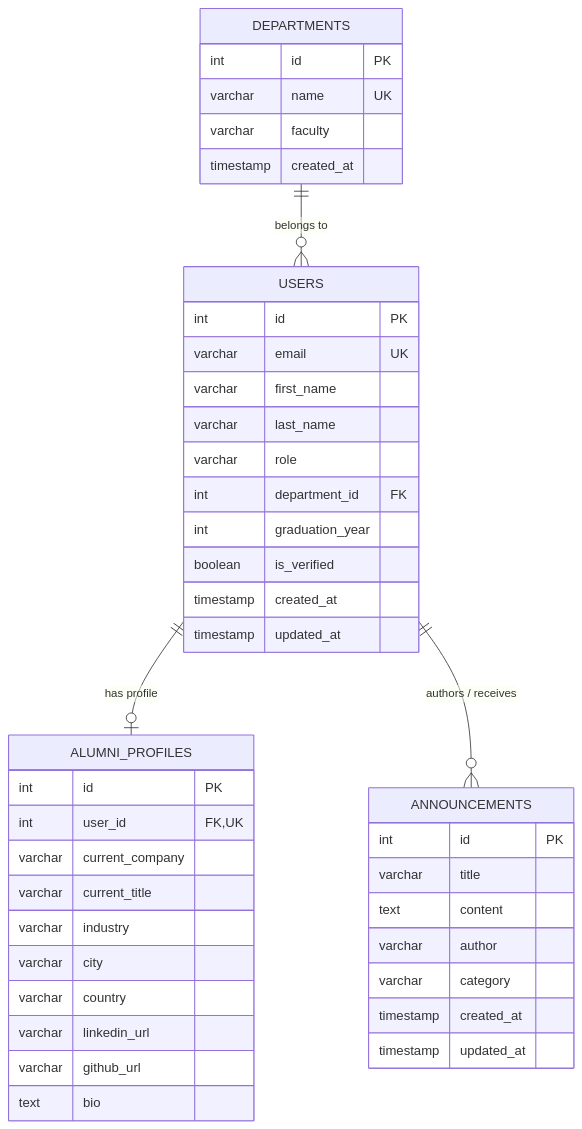
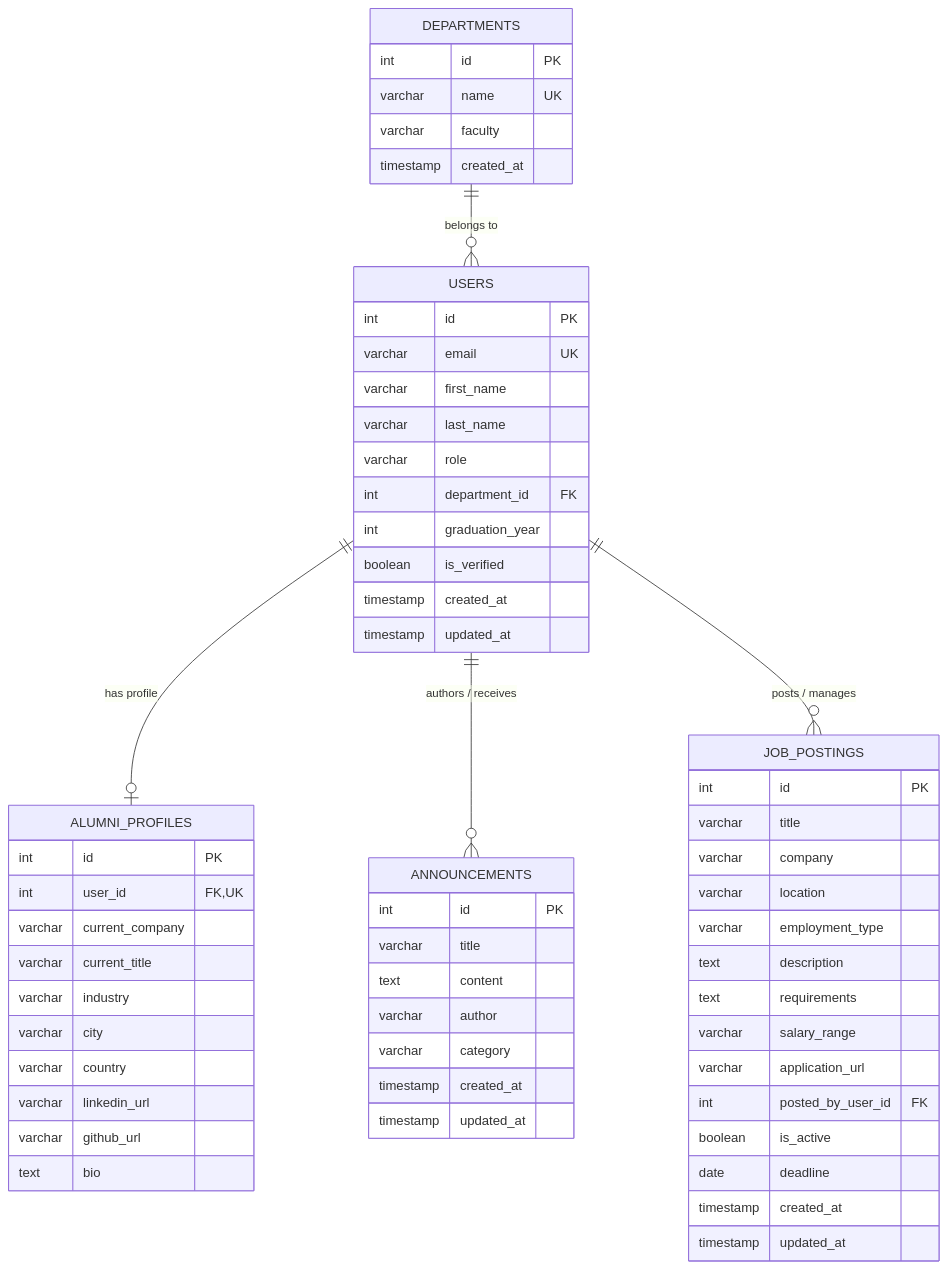
The diagram in README.md (ceydasenemyigit/alumni), drawn with Mermaid before and after one commit. The commit also changed other lines of this file and 2 other files, not shown here.

Commit message:
docs: add job_postings table to ddd.md, erd, schema dictionary, and init.sql

````diff
--- a/README.md
+++ b/README.md
@@ -81,49 +81,67 @@
 ```mermaid
 erDiagram
     DEPARTMENTS ||--o{ USERS : "belongs to"
     USERS ||--o| ALUMNI_PROFILES : "has profile"
     USERS ||--o{ ANNOUNCEMENTS : "authors / receives"
+    USERS ||--o{ JOB_POSTINGS : "posts / manages"
 
     DEPARTMENTS {
         int id PK
         varchar name UK
         varchar faculty
         timestamp created_at
     }
 
     USERS {
         int id PK
         varchar email UK
         varchar first_name
         varchar last_name
         varchar role
         int department_id FK
         int graduation_year
         boolean is_verified
         timestamp created_at
         timestamp updated_at
     }
 
     ALUMNI_PROFILES {
         int id PK
         int user_id FK, UK
         varchar current_company
         varchar current_title
         varchar industry
         varchar city
         varchar country
         varchar linkedin_url
         varchar github_url
         text bio
     }
 
     ANNOUNCEMENTS {
         int id PK
         varchar title
         text content
         varchar author
         varchar category
         timestamp created_at
         timestamp updated_at
     }
+
+    JOB_POSTINGS {
+        int id PK
+        varchar title
+        varchar company
+        varchar location
+        varchar employment_type
+        text description
+        text requirements
+        varchar salary_range
+        varchar application_url
+        int posted_by_user_id FK
+        boolean is_active
+        date deadline
+        timestamp created_at
+        timestamp updated_at
+    }
 ```
````
